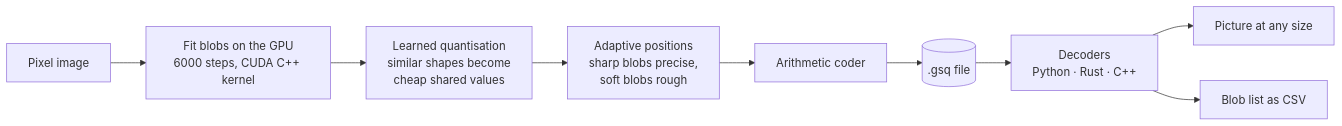
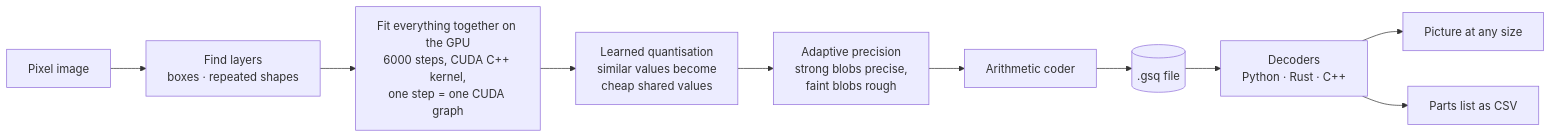
The first of 2 diagrams in README.md (gokul0pv/Vectorization---a-try), drawn with Mermaid before and after one commit. The commit also changed other lines of this file and 34 other files, not shown here.

First line of the commit message:
Docs, charts and samples for v6: boxes, symbols, JPEG XL, Kodak

````diff
--- a/README.md
+++ b/README.md
@@ -41,11 +49,12 @@
 ```mermaid
 flowchart LR
-    A[Pixel image] --> B[Fit blobs on the GPU<br/>6000 steps, CUDA C++ kernel]
-    B --> C[Learned quantisation<br/>similar shapes become<br/>cheap shared values]
-    C --> D[Adaptive positions<br/>sharp blobs precise,<br/>soft blobs rough]
+    A[Pixel image] --> L[Find layers<br/>boxes · repeated shapes]
+    L --> B[Fit everything together on the GPU<br/>6000 steps, CUDA C++ kernel,<br/>one step = one CUDA graph]
+    B --> C[Learned quantisation<br/>similar values become<br/>cheap shared values]
+    C --> D[Adaptive precision<br/>strong blobs precise,<br/>faint blobs rough]
     D --> E[Arithmetic coder]
     E --> F[(.gsq file)]
     F --> G[Decoders<br/>Python · Rust · C++]
     G --> H[Picture at any size]
-    G --> I[Blob list as CSV]
+    G --> I[Parts list as CSV]
 ```
````
